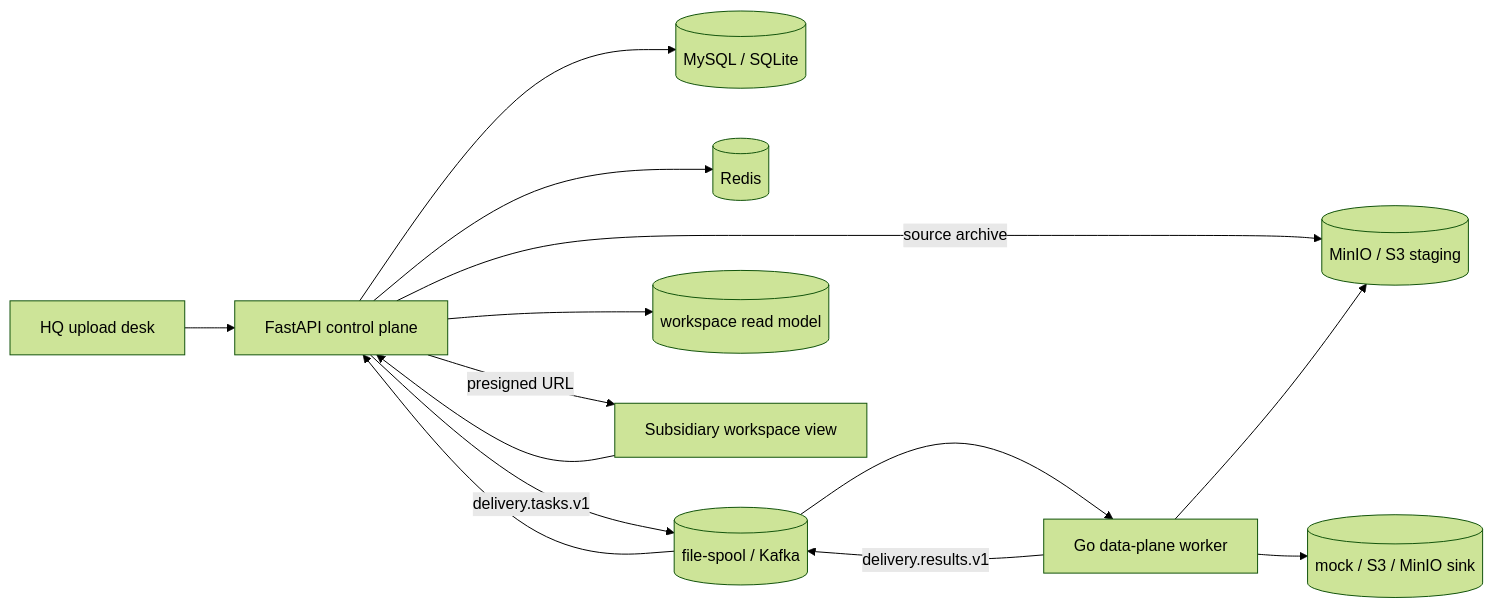
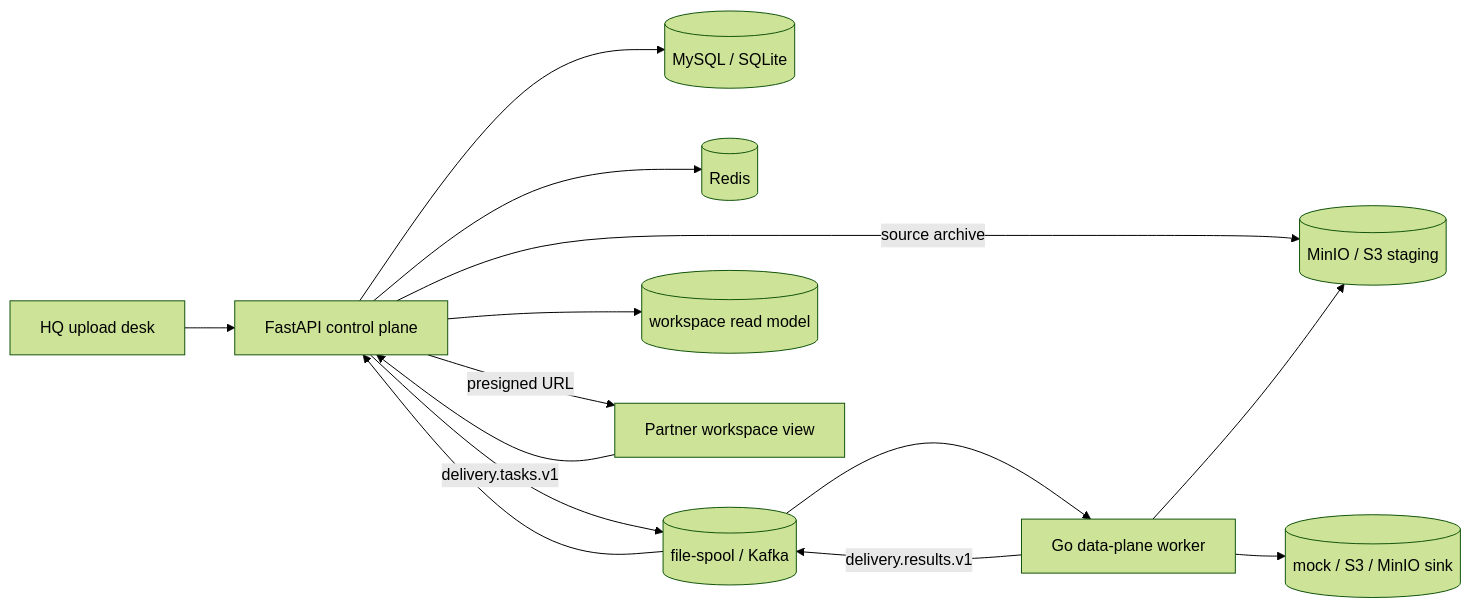
Before and after one commit to RocioGinsberg/multi-tenant-file-delivery: the diagram in README.md, drawn with Mermaid (forest theme). The commit also changed other lines of this file and 5 other files, not shown here.

````diff
--- a/README.md
+++ b/README.md
@@ -139,16 +159,16 @@
 ```mermaid
 flowchart LR
     hq[HQ upload desk] --> cp[FastAPI control plane]
     cp --> db[(MySQL / SQLite)]
     cp --> redis[(Redis)]
     cp -- source archive --> staging[(MinIO / S3 staging)]
     cp -- delivery.tasks.v1 --> transport[(file-spool / Kafka)]
     transport --> worker[Go data-plane worker]
     worker --> staging
     worker --> sink[(mock / S3 / MinIO sink)]
     worker -- delivery.results.v1 --> transport
     transport --> cp
     cp --> workspace[(workspace read model)]
-    sub[Subsidiary workspace view] --> cp
+    sub[Partner workspace view] --> cp
     cp -- presigned URL --> sub
 ```
````
